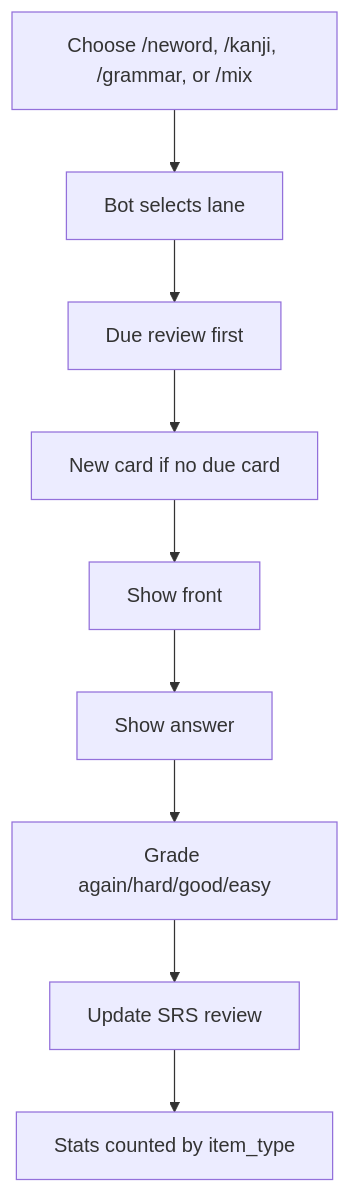
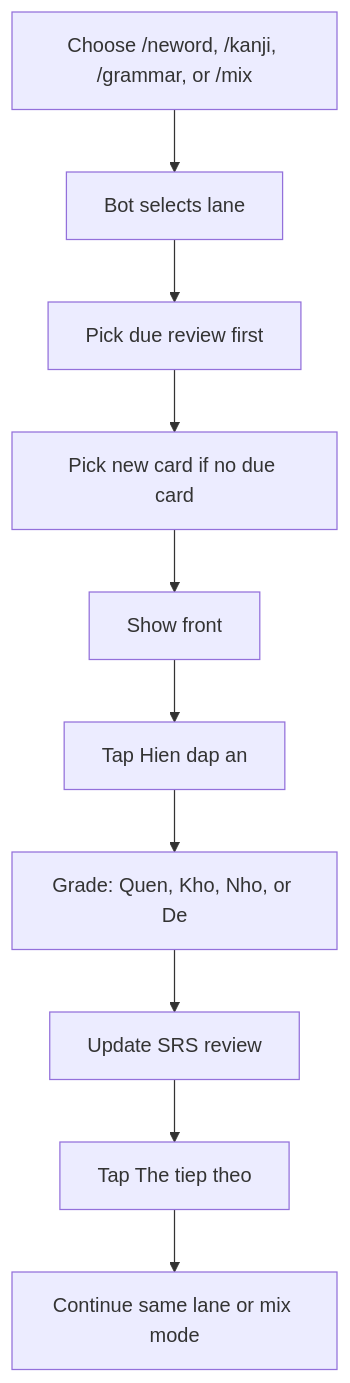
One commit to Khiemdept226/LearnJapanese changed the diagram in docs/learning-lanes-usage.md. Above: the diagram before and after it, drawn with Mermaid. The commit also changed other lines of this file and 2 other files, not shown here.

Commit message:
feat: enhance stats keyboard to support dynamic next callback and update help commands

````diff
--- a/docs/learning-lanes-usage.md
+++ b/docs/learning-lanes-usage.md
@@ -15,11 +15,12 @@
 ```mermaid
 flowchart TD
     A["Choose /neword, /kanji, /grammar, or /mix"] --> B["Bot selects lane"]
-    B --> C["Due review first"]
-    C --> D["New card if no due card"]
+    B --> C["Pick due review first"]
+    C --> D["Pick new card if no due card"]
     D --> E["Show front"]
-    E --> F["Show answer"]
-    F --> G["Grade again/hard/good/easy"]
+    E --> F["Tap Hien dap an"]
+    F --> G["Grade: Quen, Kho, Nho, or De"]
     G --> H["Update SRS review"]
-    H --> I["Stats counted by item_type"]
+    H --> I["Tap The tiep theo"]
+    I --> J["Continue same lane or mix mode"]
 ```
````
